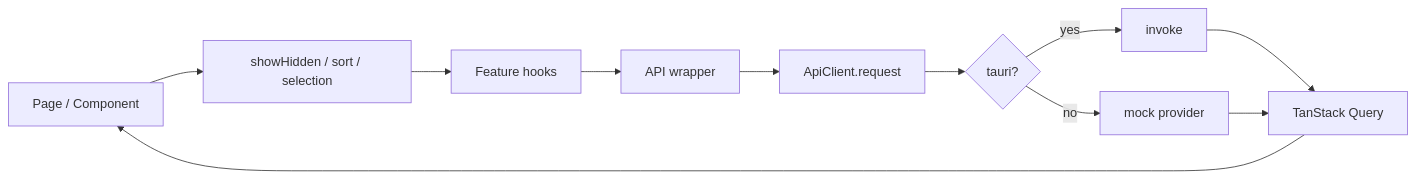
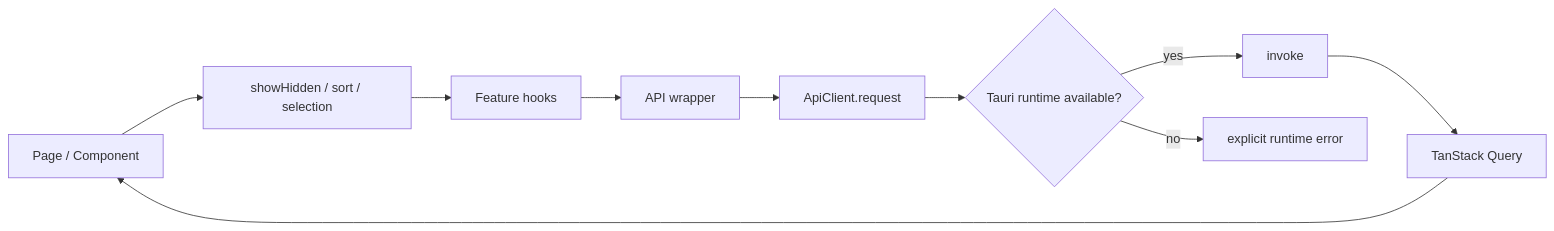
One commit to lQ-A-Ql/meow-detective changed the fourth of 15 diagrams in docs/model-architecture-algorithm-diagrams.md. Above: the diagram before and after it, drawn with Mermaid. The commit also changed other lines of this file and 132 other files, not shown here.

````diff
--- a/docs/model-architecture-algorithm-diagrams.md
+++ b/docs/model-architecture-algorithm-diagrams.md
@@ -120,19 +135,18 @@
 ```mermaid
 flowchart LR
   Page["Page / Component"]
   Control["showHidden / sort / selection"]
   Hook["Feature hooks"]
   ApiFn["API wrapper"]
   Client["ApiClient.request"]
-  Mode{"tauri?"}
   Invoke["invoke"]
-  Mock["mock provider"]
+  Runtime{"Tauri runtime available?"}
+  Error["explicit runtime error"]
   Cache["TanStack Query"]
 
-  Page --> Control --> Hook --> ApiFn --> Client --> Mode
-  Mode -->|yes| Invoke
-  Mode -->|no| Mock
+  Page --> Control --> Hook --> ApiFn --> Client --> Runtime
+  Runtime -->|yes| Invoke
+  Runtime -->|no| Error
   Invoke --> Cache
-  Mock --> Cache
   Cache --> Page
 ```
````
